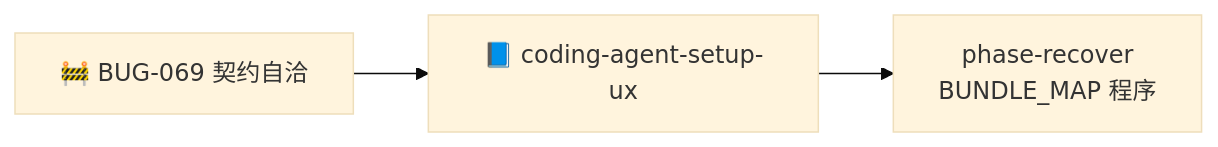
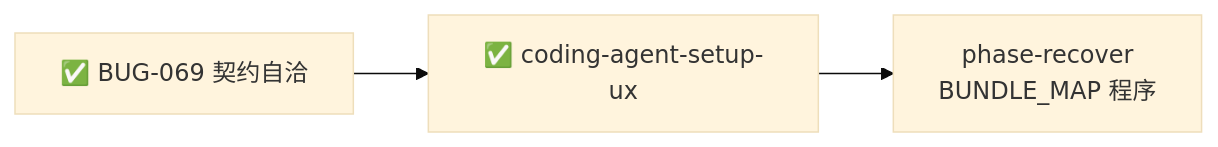
Before and after one commit to ethan-jiang-1/ai_tool_deepresearch: the third of 5 diagrams in _backlog/todos/README.md, drawn with Mermaid (base theme). The commit also changed other lines of this file and 8 other files, not shown here.

````diff
--- a/_backlog/todos/README.md
+++ b/_backlog/todos/README.md
@@ -76,8 +83,8 @@
 ```mermaid
 flowchart LR
-  B69["🚧 BUG-069 契约自洽"]
-  SETUP["📘 coding-agent-setup-ux"]
+  B69["✅ BUG-069 契约自洽"]
+  SETUP["✅ coding-agent-setup-ux"]
   REC["phase-recover<br/>BUNDLE_MAP 程序"]
   B69 --> SETUP
   SETUP --> REC
 ```
````
